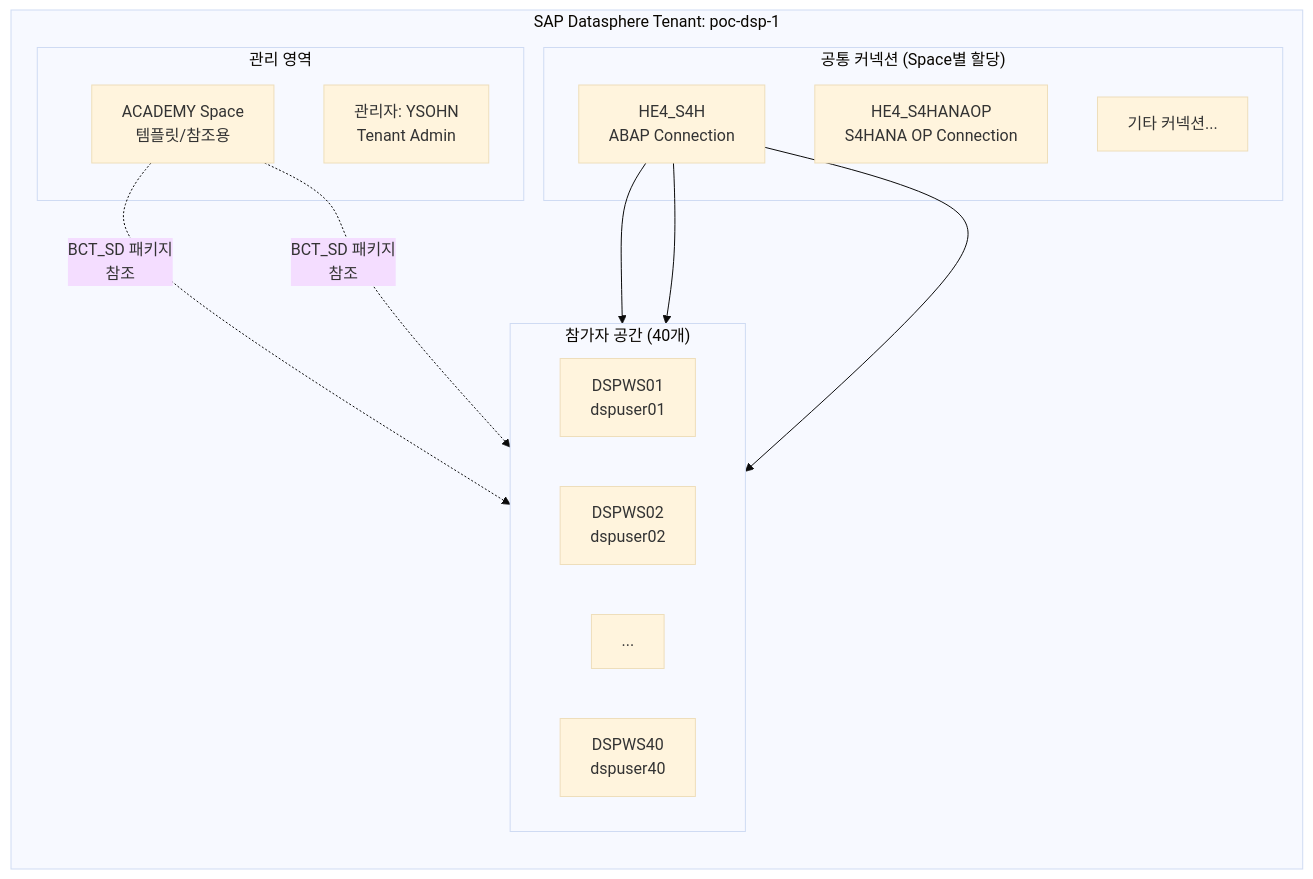
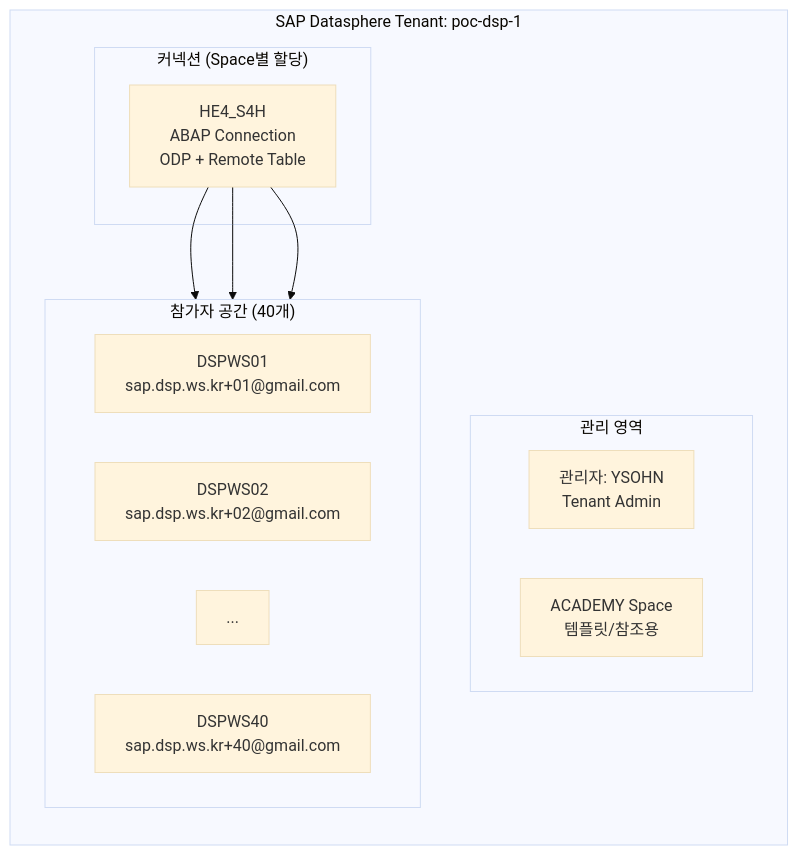
One commit to youngseols925/sap-datasphere-bdc-workshop changed the second of 5 diagrams in docs/architecture.md. Above: the diagram before and after it, drawn with Mermaid (base theme). The commit also changed other lines of this file, not shown here.

First line of the commit message:
docs: architecture.md CDS View 소스명 실제 CSN 기반으로 전면 수정

````diff
--- a/docs/architecture.md
+++ b/docs/architecture.md
@@ -71,31 +67,25 @@
 ```mermaid
 graph LR
     subgraph TENANT["SAP Datasphere Tenant: poc-dsp-1"]
         direction TB
 
         subgraph ADMIN["관리 영역"]
             YSOHN[관리자: YSOHN<br/>Tenant Admin]
             ACADEMY[ACADEMY Space<br/>템플릿/참조용]
         end
 
         subgraph USERS["참가자 공간 (40개)"]
             direction LR
-            WS01["DSPWS01<br/>dspuser01"]
-            WS02["DSPWS02<br/>dspuser02"]
+            WS01["DSPWS01<br/>sap.dsp.ws.kr+01@gmail.com"]
+            WS02["DSPWS02<br/>sap.dsp.ws.kr+02@gmail.com"]
             DOTS["..."]
-            WS40["DSPWS40<br/>dspuser40"]
+            WS40["DSPWS40<br/>sap.dsp.ws.kr+40@gmail.com"]
         end
 
-        subgraph CONN_POOL["공통 커넥션 (Space별 할당)"]
-            C1[HE4_S4H<br/>ABAP Connection]
-            C2[HE4_S4HANAOP<br/>S4HANA OP Connection]
-            C3[기타 커넥션...]
+        subgraph CONN_POOL["커넥션 (Space별 할당)"]
+            C1[HE4_S4H<br/>ABAP Connection<br/>ODP + Remote Table]
         end
     end
 
-    ACADEMY -.->|"BCT_SD 패키지<br/>참조"| WS01
-    ACADEMY -.->|"BCT_SD 패키지<br/>참조"| WS02
-    C1 --> WS01
-    C1 --> WS02
-    C1 --> WS40
+    C1 --> WS01 & WS02 & WS40
 ```
````
